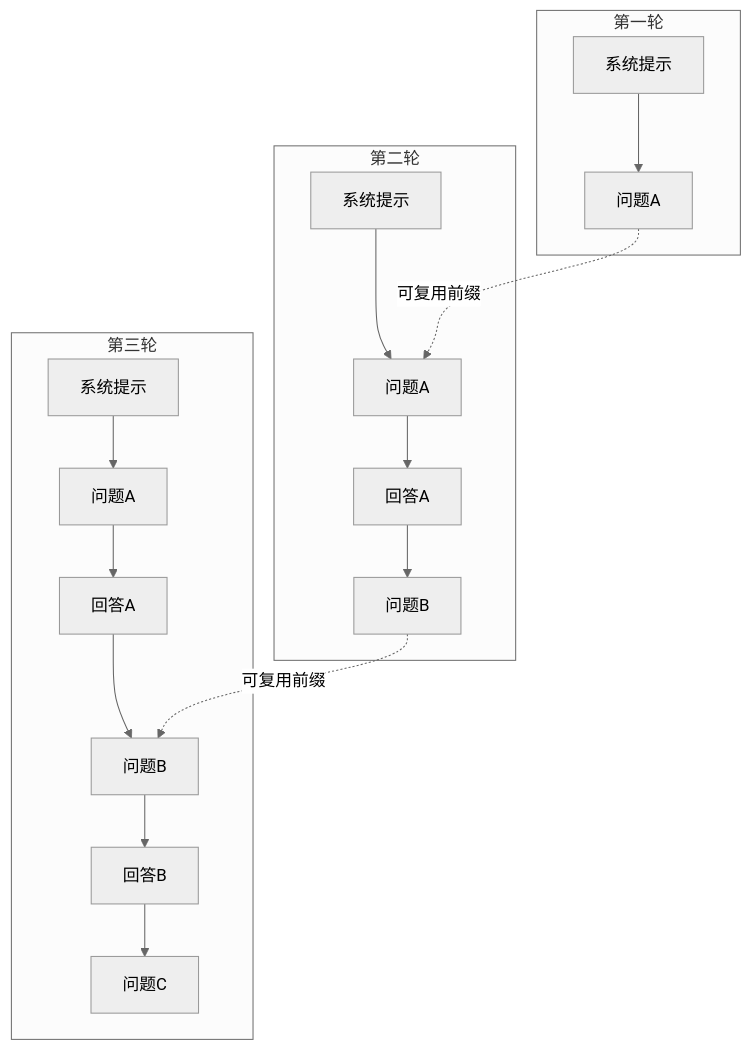
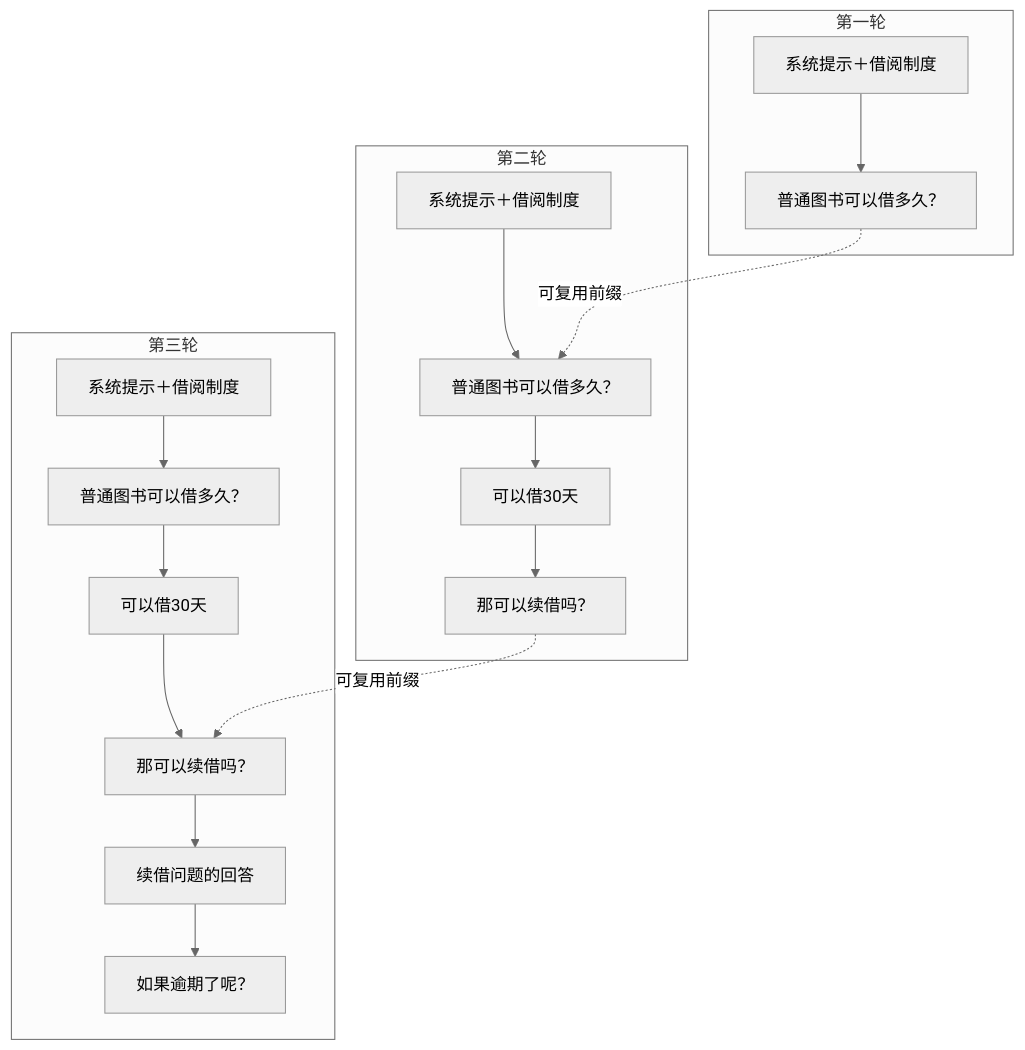
The fourth of 23 diagrams in docs/docs/1000-AI技术/600-推理服务/5000-大模型推理服务会话保持与KVCache感知路由技术详解.md (gqcn/johns-blog), drawn with Mermaid (neutral theme) before and after one commit. The commit also changed other lines of this file and 10 other files, not shown here.

````diff
--- a/docs/docs/1000-AI技术/600-推理服务/5000-大模型推理服务会话保持与KVCache感知路由技术详解.md
+++ b/docs/docs/1000-AI技术/600-推理服务/5000-大模型推理服务会话保持与KVCache感知路由技术详解.md
@@ -145,14 +187,14 @@
 ```mermaid
 flowchart TB
     subgraph P1["第一轮"]
-        A1["系统提示"] --> A2["问题A"]
+        A1["系统提示＋借阅制度"] --> A2["普通图书可以借多久？"]
     end
     subgraph P2["第二轮"]
-        B1["系统提示"] --> B2["问题A"] --> B3["回答A"] --> B4["问题B"]
+        B1["系统提示＋借阅制度"] --> B2["普通图书可以借多久？"] --> B3["可以借30天"] --> B4["那可以续借吗？"]
     end
     subgraph P3["第三轮"]
-        C1["系统提示"] --> C2["问题A"] --> C3["回答A"] --> C4["问题B"] --> C5["回答B"] --> C6["问题C"]
+        C1["系统提示＋借阅制度"] --> C2["普通图书可以借多久？"] --> C3["可以借30天"] --> C4["那可以续借吗？"] --> C5["续借问题的回答"] --> C6["如果逾期了呢？"]
     end
     A2 -. "可复用前缀" .-> B2
     B4 -. "可复用前缀" .-> C4
 ```
````
